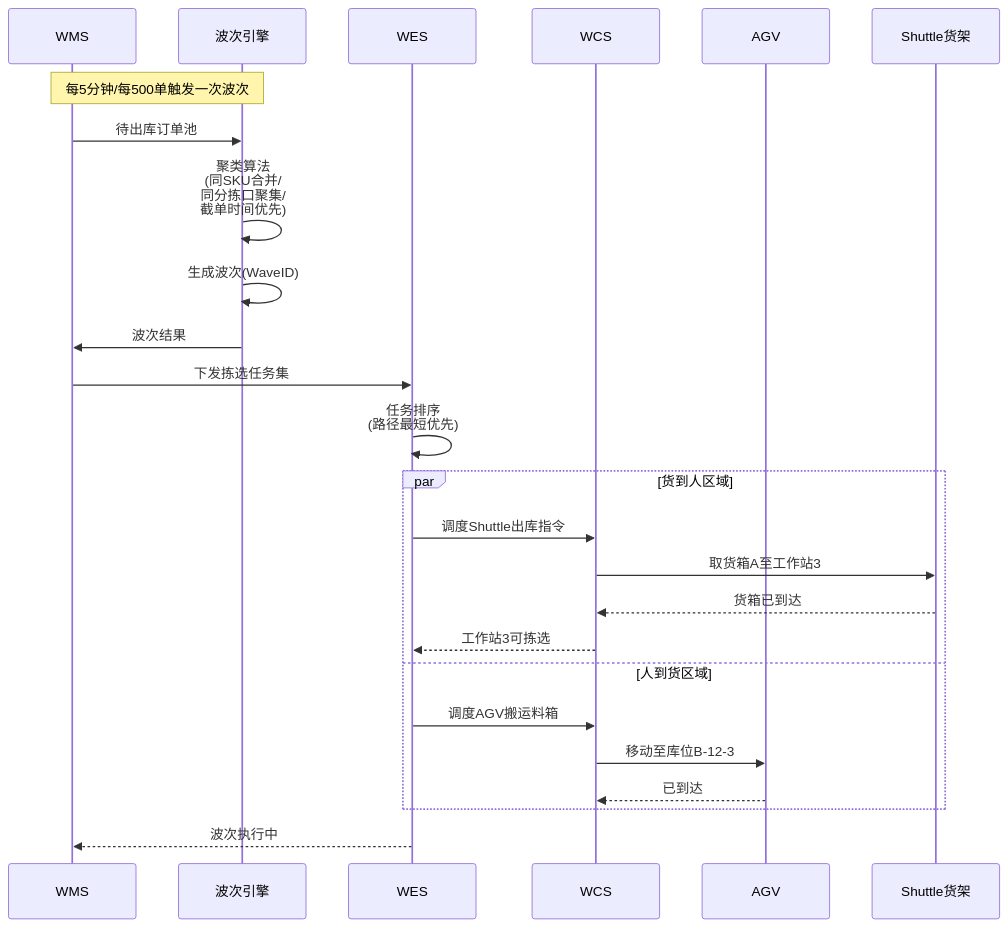
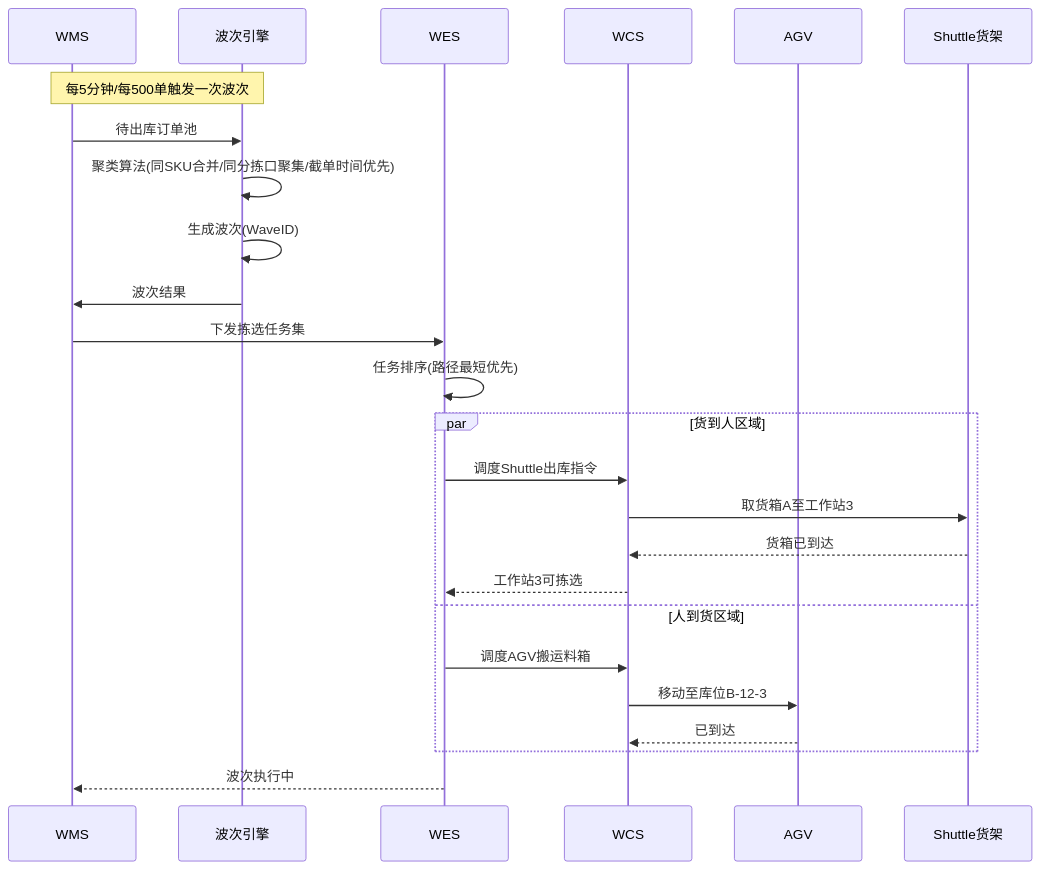
One commit to generous-jiang/jiangzw changed the third of 9 diagrams in docs/warehouse-automation-outbound.md. Above: the diagram before and after it, drawn with Mermaid. The commit also changed other lines of this file and 9 other files, not shown here.

Commit message:
docs: 渲染所有交互图为 PNG 并嵌入文档（保留 Mermaid 源码可折叠）

````diff
--- a/docs/warehouse-automation-outbound.md
+++ b/docs/warehouse-automation-outbound.md
@@ -109,32 +130,32 @@
 ```mermaid
 sequenceDiagram
     participant WMS
     participant WAVE as 波次引擎
     participant WES
     participant WCS
     participant AGV
     participant SHUTTLE as Shuttle货架
 
     Note over WMS,WAVE: 每5分钟/每500单触发一次波次
 
     WMS->>WAVE: 待出库订单池
-    WAVE->>WAVE: 聚类算法<br/>(同SKU合并/<br/>同分拣口聚集/<br/>截单时间优先)
+    WAVE->>WAVE: 聚类算法(同SKU合并/同分拣口聚集/截单时间优先)
     WAVE->>WAVE: 生成波次(WaveID)
     WAVE->>WMS: 波次结果
 
     WMS->>WES: 下发拣选任务集
-    WES->>WES: 任务排序<br/>(路径最短优先)
+    WES->>WES: 任务排序(路径最短优先)
 
     par 货到人区域
         WES->>WCS: 调度Shuttle出库指令
         WCS->>SHUTTLE: 取货箱A至工作站3
         SHUTTLE-->>WCS: 货箱已到达
         WCS-->>WES: 工作站3可拣选
     and 人到货区域
         WES->>WCS: 调度AGV搬运料箱
         WCS->>AGV: 移动至库位B-12-3
         AGV-->>WCS: 已到达
     end
 
     WES-->>WMS: 波次执行中
 ```
````
